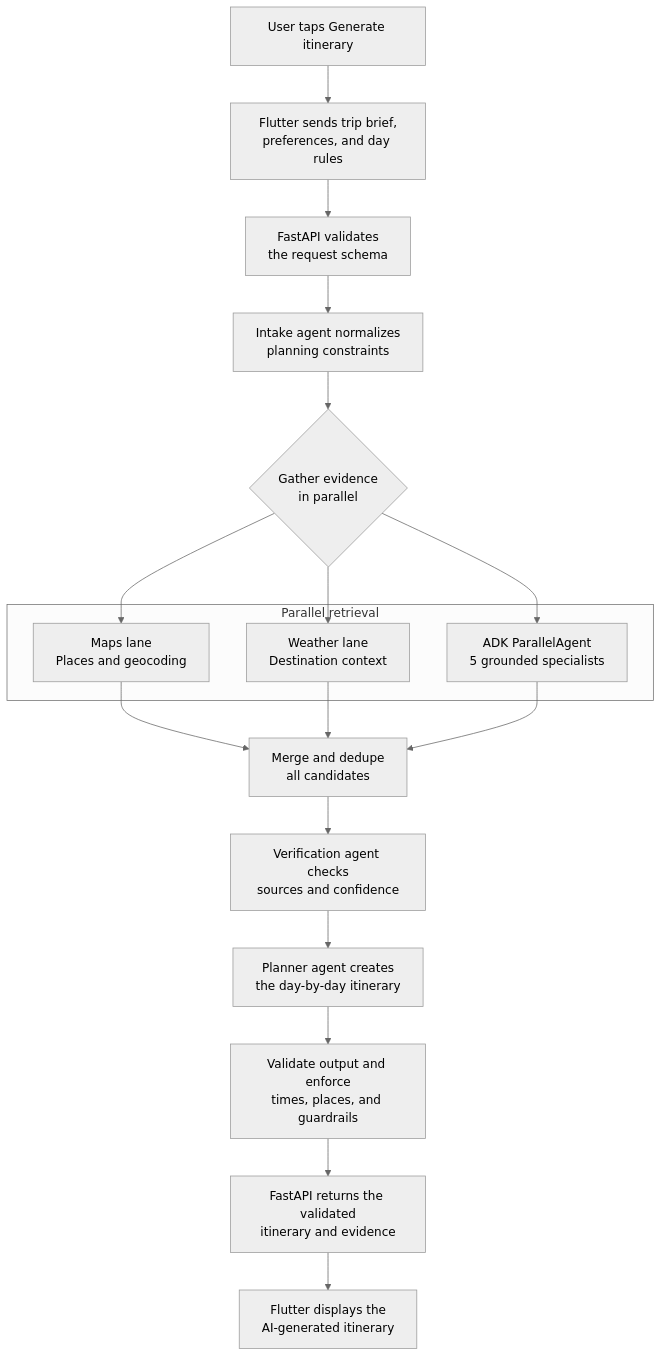
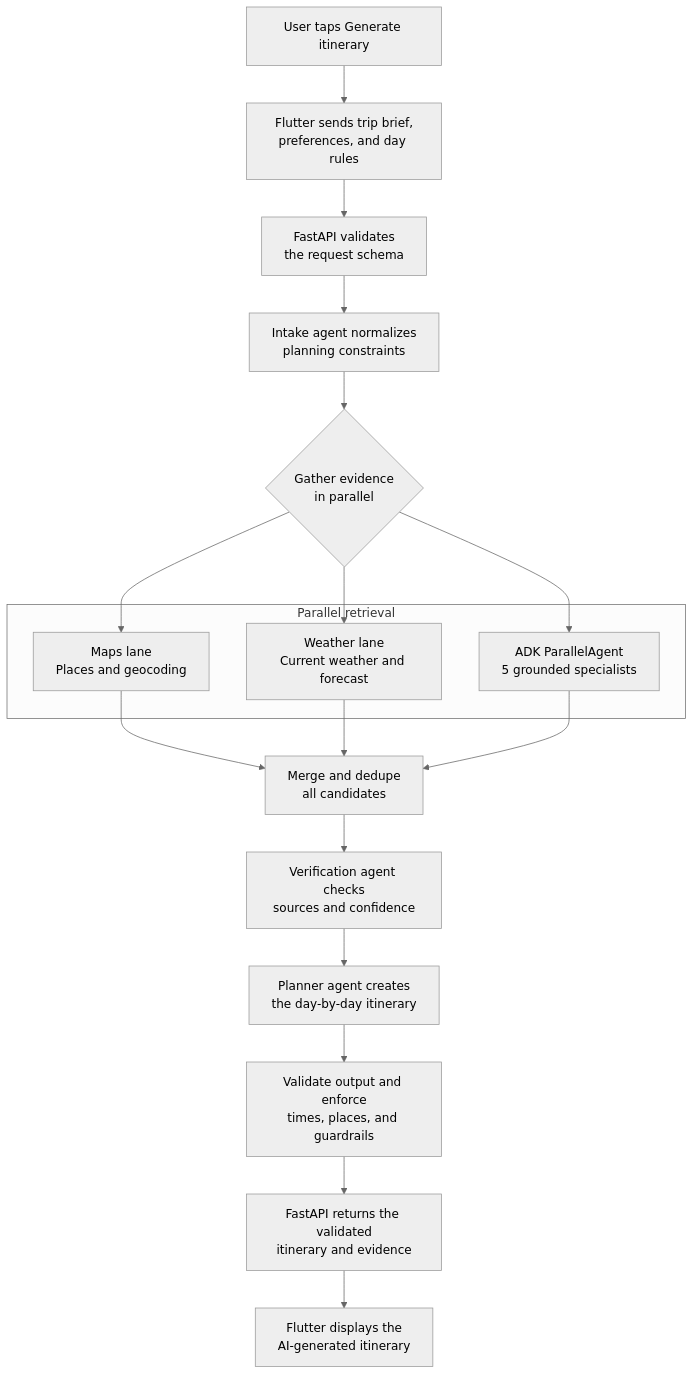
One commit to Tyruxx/wanderlust-project changed the second of 2 diagrams in README.md. Above: the diagram before and after it, drawn with Mermaid (neutral theme). The commit also changed 1 other file, not shown here.

Commit message:
docs: clarify Weather lane label

````diff
--- a/README.md
+++ b/README.md
@@ -124,27 +124,27 @@
 ```mermaid
 flowchart TD
     Click["User taps Generate itinerary"] --> Submit["Flutter sends trip brief,<br/>preferences, and day rules"]
     Submit --> Validate["FastAPI validates<br/>the request schema"]
     Validate --> Intake["Intake agent normalizes<br/>planning constraints"]
     Intake --> FanOut{"Gather evidence<br/>in parallel"}
 
     subgraph Retrieval[Parallel retrieval]
         Maps["Maps lane<br/>Places and geocoding"]
-        Weather["Weather lane<br/>Destination context"]
+        Weather["Weather lane<br/>Current weather and forecast"]
         Search["ADK ParallelAgent<br/>5 grounded specialists"]
     end
 
     FanOut --> Maps
     FanOut --> Weather
     FanOut --> Search
 
     Maps --> Merge["Merge and dedupe<br/>all candidates"]
     Weather --> Merge
     Search --> Merge
 
     Merge --> Verify["Verification agent checks<br/>sources and confidence"]
     Verify --> Plan["Planner agent creates<br/>the day-by-day itinerary"]
     Plan --> Guard["Validate output and enforce<br/>times, places, and guardrails"]
     Guard --> Response["FastAPI returns the validated<br/>itinerary and evidence"]
     Response --> Display["Flutter displays the<br/>AI-generated itinerary"]
 ```
````
